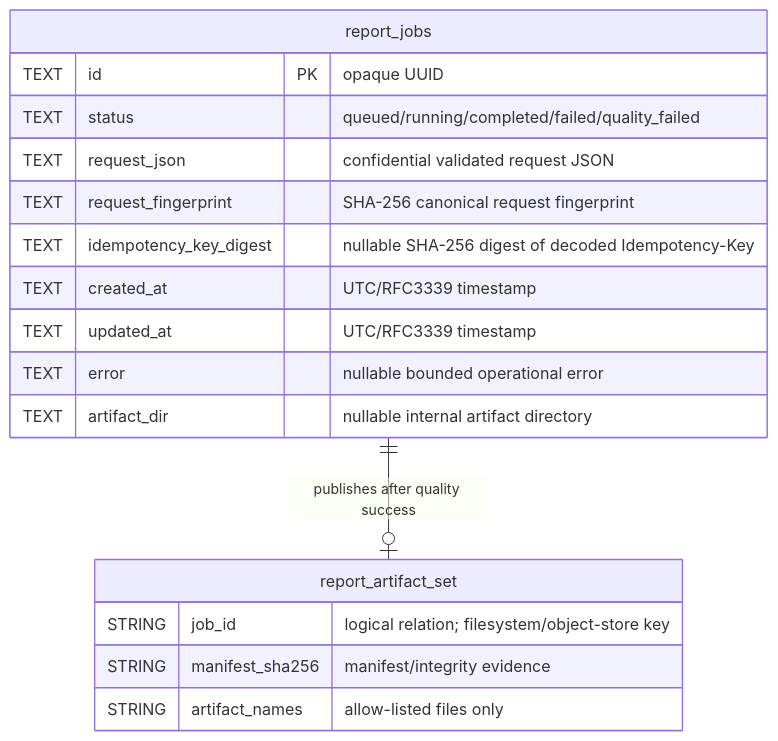
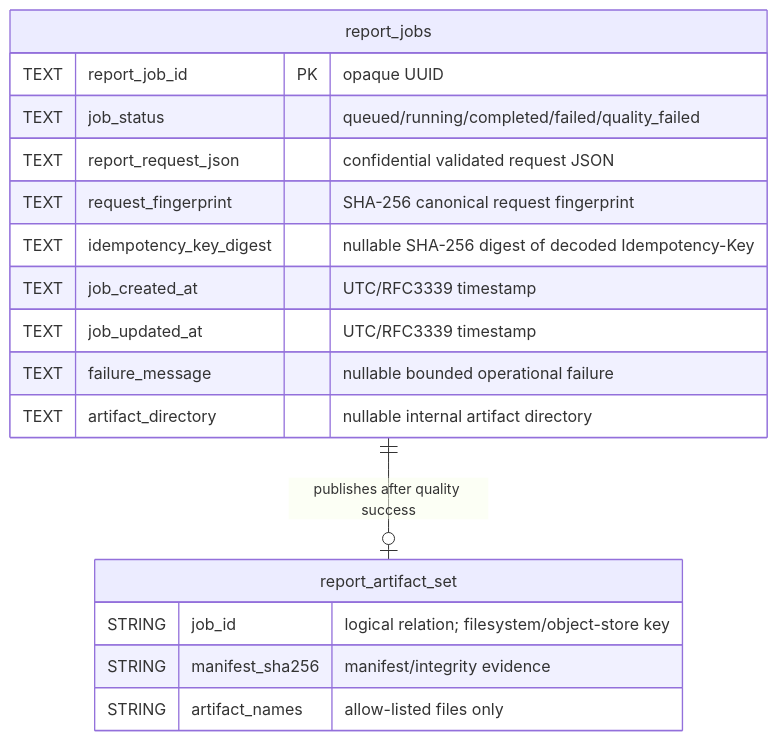
Before and after one commit to ContextualWisdomLab/four-pillars: the first of 2 diagrams in docs/architecture/DATA_MODEL.md, drawn with Mermaid. The commit also changed other lines of this file, not shown here.

Commit message:
docs(data): record semantic report job schema migration

````diff
--- a/docs/architecture/DATA_MODEL.md
+++ b/docs/architecture/DATA_MODEL.md
@@ -11,21 +11,21 @@
 ```mermaid
 erDiagram
     report_jobs {
-        TEXT id PK "opaque UUID"
-        TEXT status "queued/running/completed/failed/quality_failed"
-        TEXT request_json "confidential validated request JSON"
+        TEXT report_job_id PK "opaque UUID"
+        TEXT job_status "queued/running/completed/failed/quality_failed"
+        TEXT report_request_json "confidential validated request JSON"
         TEXT request_fingerprint "SHA-256 canonical request fingerprint"
         TEXT idempotency_key_digest "nullable SHA-256 digest of decoded Idempotency-Key"
-        TEXT created_at "UTC/RFC3339 timestamp"
-        TEXT updated_at "UTC/RFC3339 timestamp"
-        TEXT error "nullable bounded operational error"
-        TEXT artifact_dir "nullable internal artifact directory"
+        TEXT job_created_at "UTC/RFC3339 timestamp"
+        TEXT job_updated_at "UTC/RFC3339 timestamp"
+        TEXT failure_message "nullable bounded operational failure"
+        TEXT artifact_directory "nullable internal artifact directory"
     }
 
     report_jobs ||--o| report_artifact_set : "publishes after quality success"
     report_artifact_set {
         STRING job_id "logical relation; filesystem/object-store key"
         STRING manifest_sha256 "manifest/integrity evidence"
         STRING artifact_names "allow-listed files only"
     }
 ```
````
